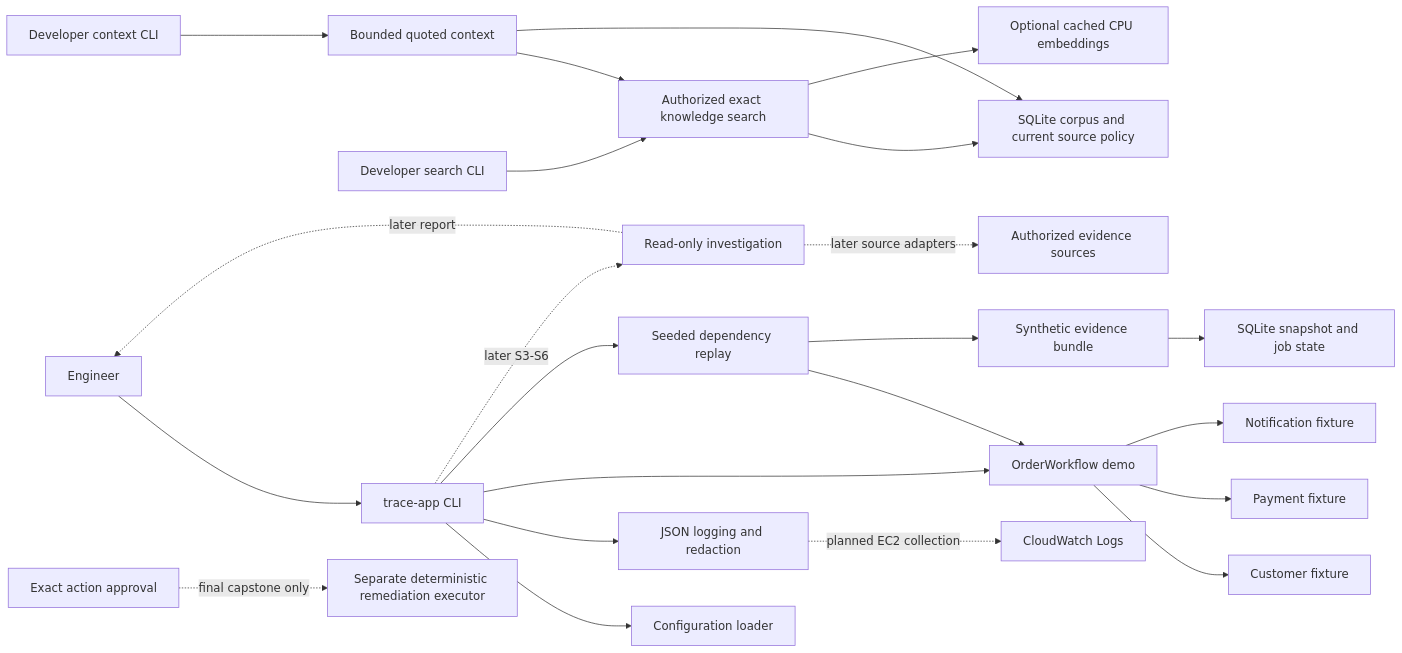
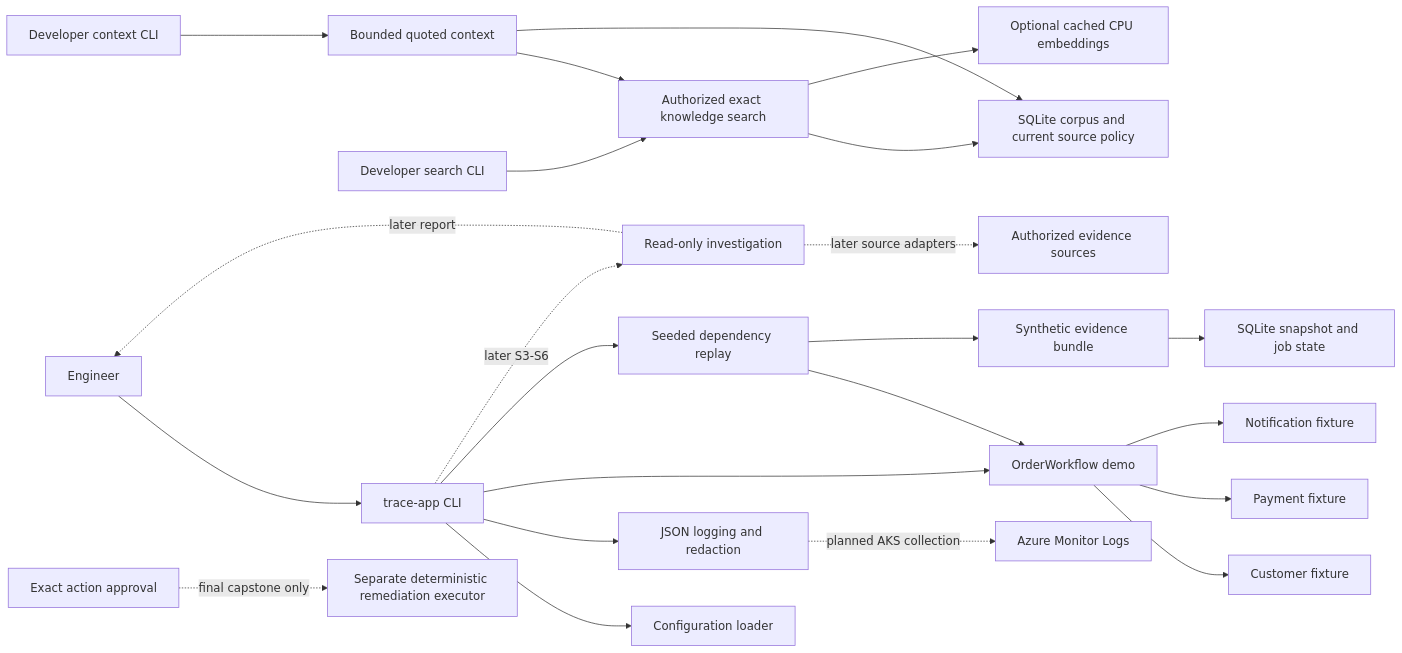
The diagram in docs/architecture/README.md (krispykrits/TRACE), drawn with Mermaid before and after one commit. The commit also changed other lines of this file and 29 other files, not shown here.

Commit message:
docs: align TRACE cloud direction and backlog with Azure AKS (#54)

````diff
--- a/docs/architecture/README.md
+++ b/docs/architecture/README.md
@@ -7,25 +7,25 @@
 ```mermaid
 flowchart LR
     User[Engineer] --> CLI[trace-app CLI]
     CLI --> Config[Configuration loader]
     CLI --> Log[JSON logging and redaction]
     CLI --> Demo[OrderWorkflow demo]
     CLI --> Replay[Seeded dependency replay]
     Replay --> Demo
     Replay --> Evidence[Synthetic evidence bundle]
     Evidence --> Store[SQLite snapshot and job state]
     Demo --> Customer[Customer fixture]
     Demo --> Payment[Payment fixture]
     Demo --> Notification[Notification fixture]
     SearchDemo[Developer search CLI] --> Search[Authorized exact knowledge search]
     Search --> Corpus[SQLite corpus and current source policy]
     Search --> Encoder[Optional cached CPU embeddings]
     ContextDemo[Developer context CLI] --> Context[Bounded quoted context]
     Context --> Search
     Context --> Corpus
-    Log -. planned EC2 collection .-> CW[CloudWatch Logs]
+    Log -. planned AKS collection .-> CloudLogs["Azure Monitor Logs"]
     CLI -. later S3-S6 .-> Investigation[Read-only investigation]
     Investigation -. later source adapters .-> Sources[Authorized evidence sources]
     Investigation -. later report .-> User
     Approved[Exact action approval] -. final capstone only .-> Executor[Separate deterministic remediation executor]
 ```
````
